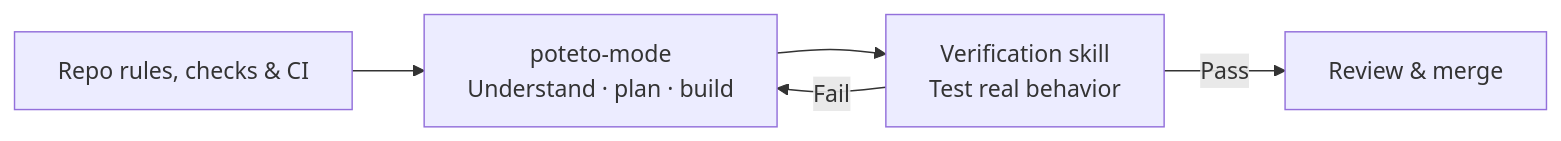
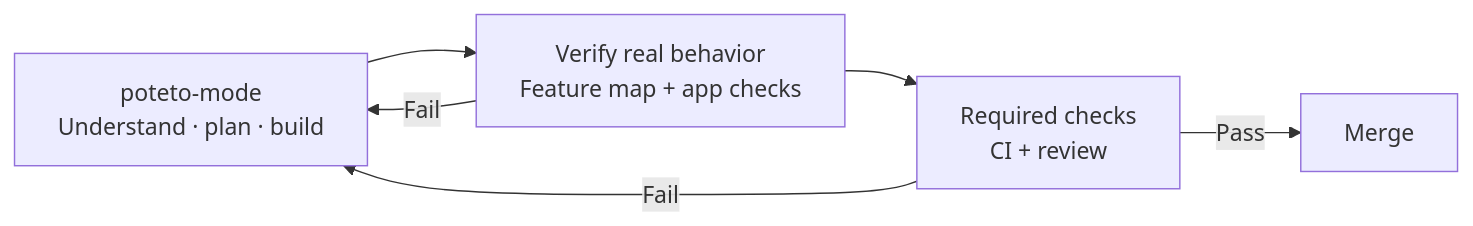
Before and after one commit to arjitj2/open-pstack: the diagram in README.md, drawn with Mermaid. The commit also changed other lines of this file, not shown here.

Commit message:
Lead with preventing bad changes and requiring proof before merge

````diff
--- a/README.md
+++ b/README.md
@@ -7,7 +7,8 @@
 ```mermaid
 flowchart LR
-    rules["Repo rules, checks & CI"] --> work["poteto-mode<br/>Understand · plan · build"]
-    work --> verify["Verification skill<br/>Test real behavior"]
-    verify -->|Pass| review["Review & merge"]
+    work["poteto-mode<br/>Understand · plan · build"] --> verify["Verify real behavior<br/>Feature map + app checks"]
+    verify --> gate["Required checks<br/>CI + review"]
+    gate -->|Pass| merge["Merge"]
     verify -->|Fail| work
+    gate -->|Fail| work
 ```
````
